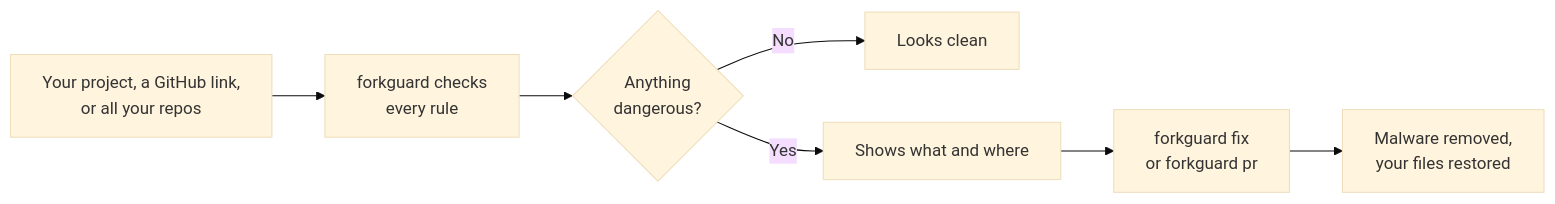
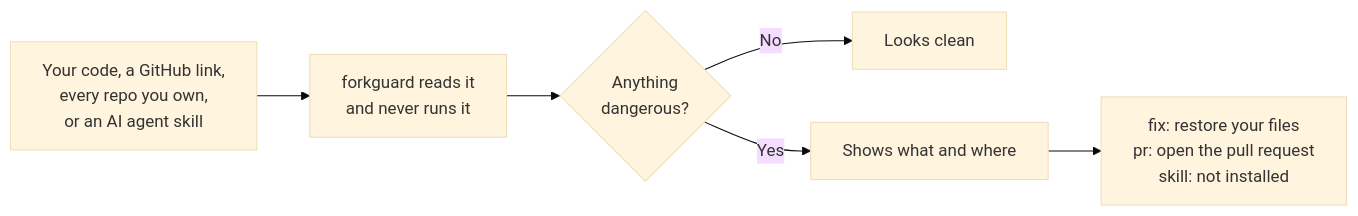
One commit to PRODHOSH/forkguard changed the diagram in README.md. Above: the diagram before and after it, drawn with Mermaid (base theme). The commit also changed other lines of this file and 11 other files, not shown here.

````diff
--- a/README.md
+++ b/README.md
@@ -442,9 +69,8 @@
 ```mermaid
 flowchart LR
-    A["Your project, a GitHub link,<br/>or all your repos"] --> B["forkguard checks<br/>every rule"]
+    A["Your code, a GitHub link,<br/>every repo you own,<br/>or an AI agent skill"] --> B["forkguard reads it<br/>and never runs it"]
     B --> C{"Anything<br/>dangerous?"}
     C -- "No" --> D["Looks clean"]
     C -- "Yes" --> E["Shows what and where"]
-    E --> F["forkguard fix<br/>or forkguard pr"]
-    F --> G["Malware removed,<br/>your files restored"]
+    E --> F["fix: restore your files<br/>pr: open the pull request<br/>skill: not installed"]
 ```
````
